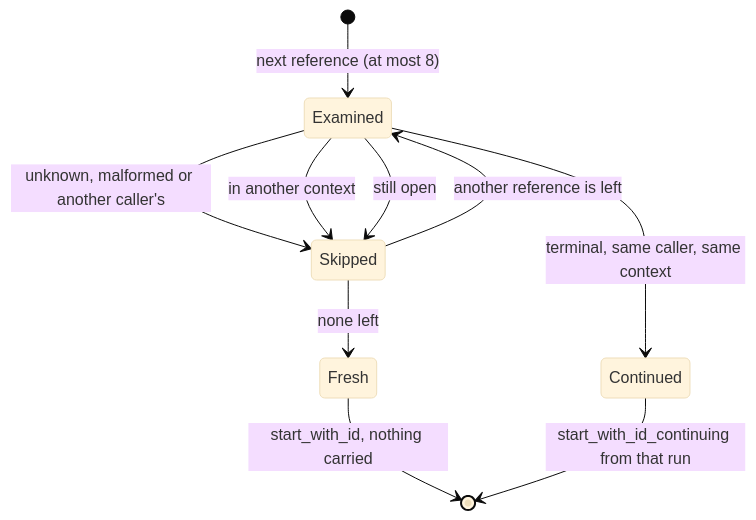
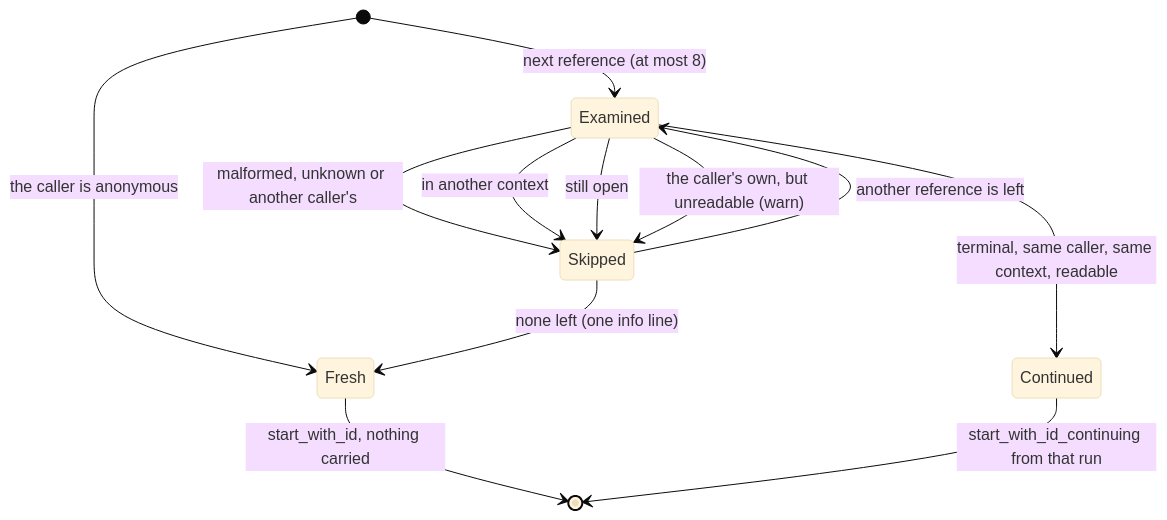
The second of 2 diagrams in docs/decisions/0003-a-new-task-continues-the-task-it-references.md (vymalo/another-adam-rs), drawn with Mermaid (base theme) before and after one commit. The commit also changed other lines of this file and 6 other files, not shown here.

````diff
--- a/docs/decisions/0003-a-new-task-continues-the-task-it-references.md
+++ b/docs/decisions/0003-a-new-task-continues-the-task-it-references.md
@@ -127,12 +178,14 @@
 ```mermaid
 stateDiagram-v2
+    [*] --> Fresh: the caller is anonymous
     [*] --> Examined: next reference (at most 8)
-    Examined --> Skipped: unknown, malformed or another caller's
+    Examined --> Skipped: malformed, unknown or another caller's
     Examined --> Skipped: in another context
     Examined --> Skipped: still open
+    Examined --> Skipped: the caller's own, but unreadable (warn)
     Skipped --> Examined: another reference is left
-    Skipped --> Fresh: none left
-    Examined --> Continued: terminal, same caller, same context
+    Skipped --> Fresh: none left (one info line)
+    Examined --> Continued: terminal, same caller, same context, readable
     Fresh --> [*]: start_with_id, nothing carried
     Continued --> [*]: start_with_id_continuing from that run
 ```
````
